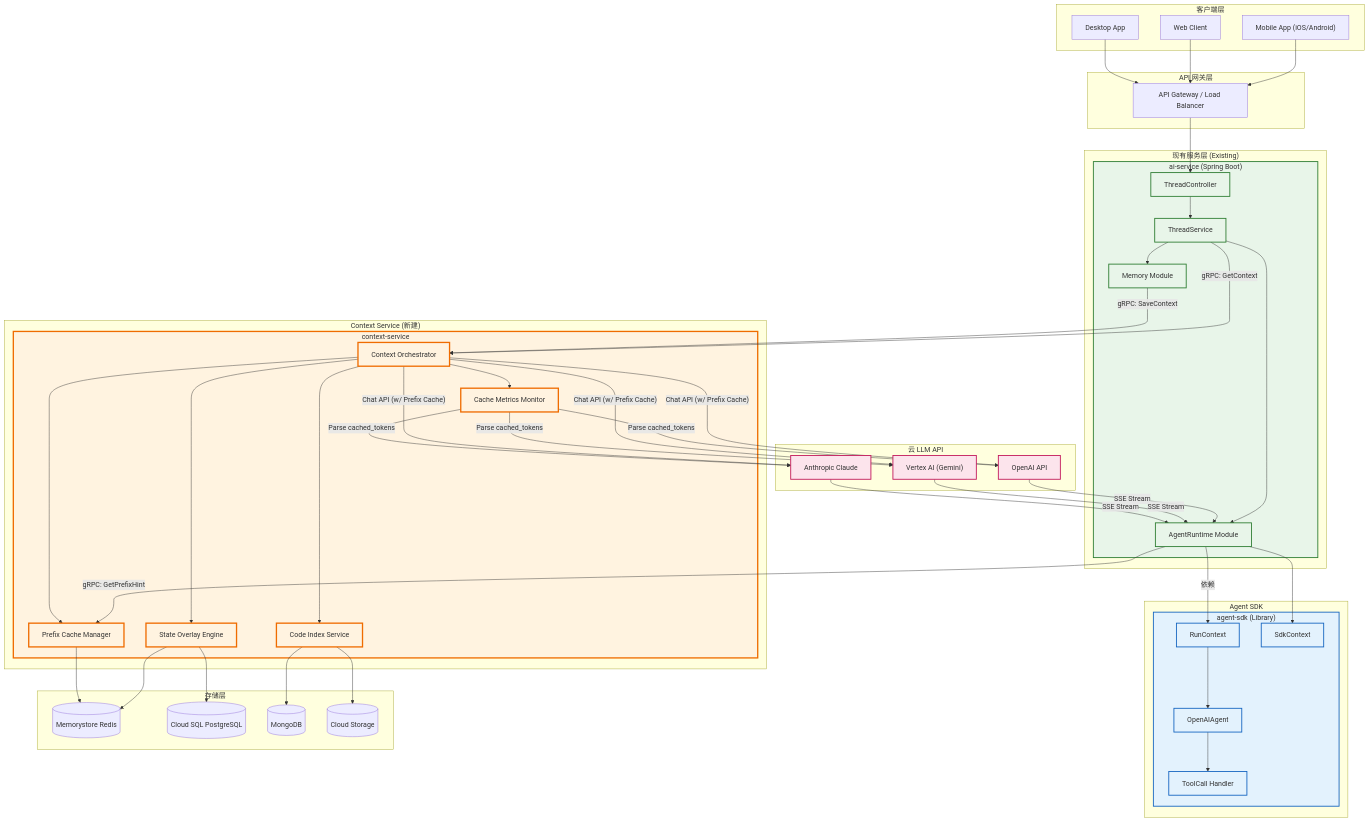
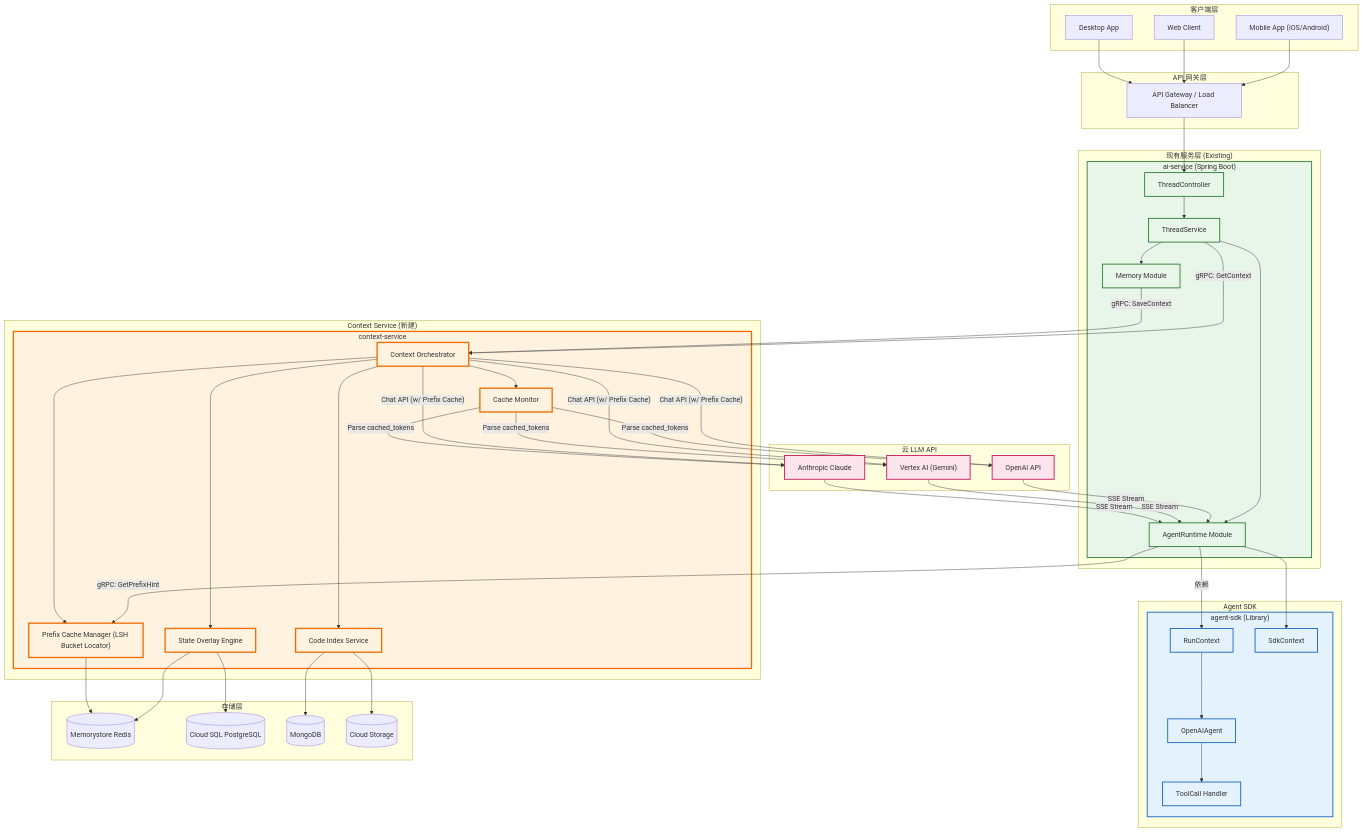
The third of 38 diagrams in discussions/ContextManagerV6.md (D15190304050/generic-agent), drawn with Mermaid before and after one commit. The commit also changed other lines of this file, not shown here.

```diff
--- a/discussions/ContextManagerV6.md
+++ b/discussions/ContextManagerV6.md
@@ -242,8 +242,8 @@
     subgraph NewService ["Context Service (新建)"]
         subgraph ContextSvc ["context-service"]
             CtxOrch["Context Orchestrator"]
-            PrefixMgr["Prefix Cache Manager"]
-            CacheMonitor["Cache Metrics Monitor"]
+            PrefixMgr["Prefix Cache Manager (LSH Bucket Locator)"]
+            CacheMonitor["Cache Monitor"]
             CodeIdx["Code Index Service"]
             StateMgr["State Overlay Engine"]
         end
```
